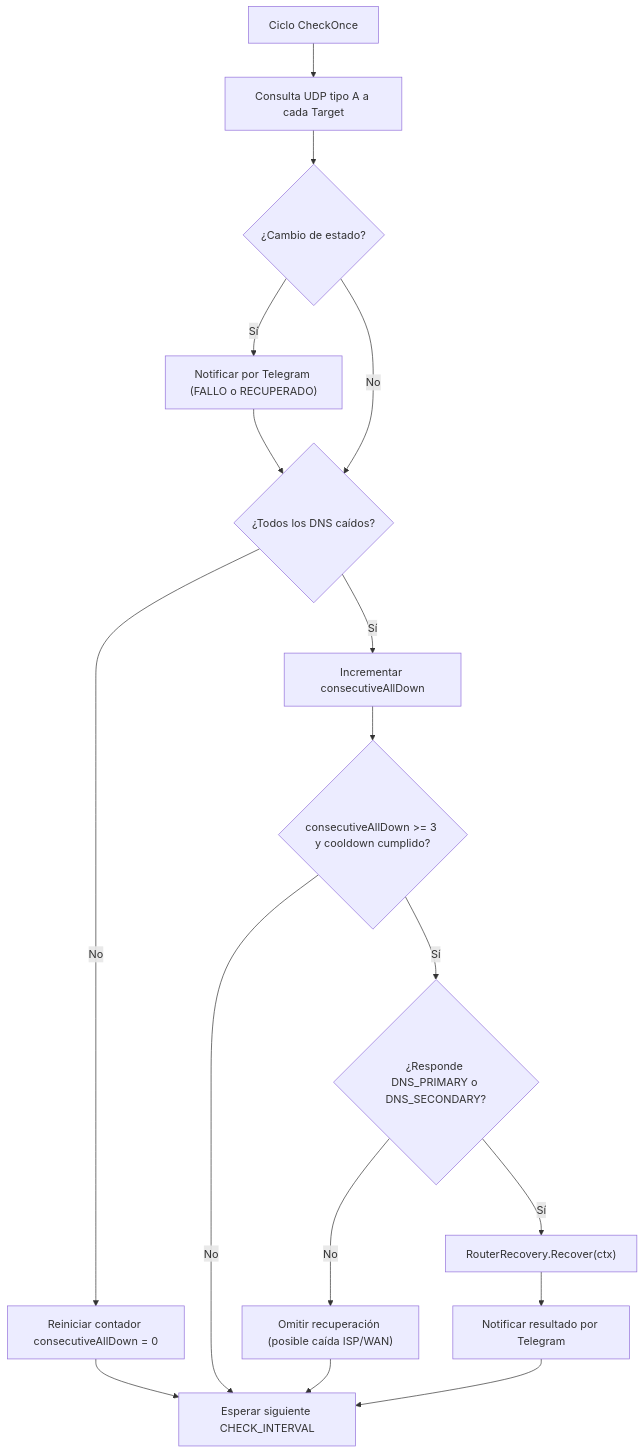
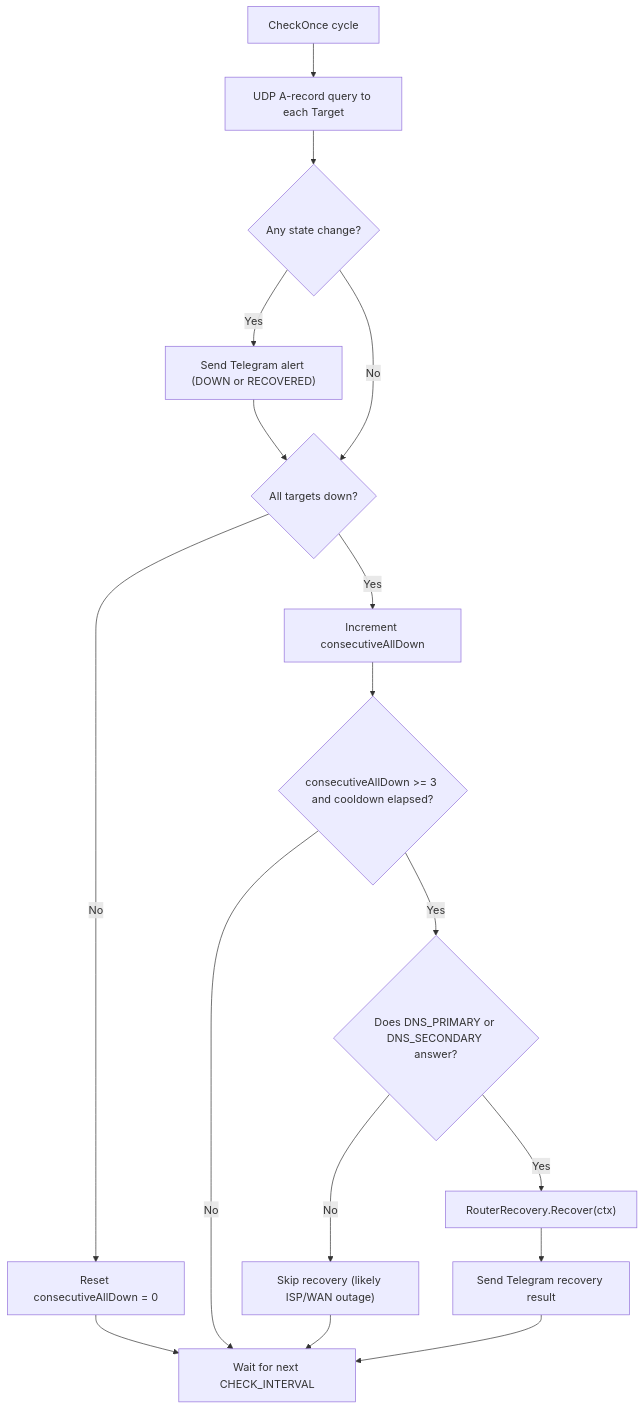
Before and after one commit to uniextra/Local_DNS-DRP: the diagram in docs/architecture.md, drawn with Mermaid. The commit also changed other lines of this file and 5 other files, not shown here.

````diff
--- a/docs/architecture.md
+++ b/docs/architecture.md
@@ -23,19 +23,19 @@
 ```mermaid
 flowchart TD
-    A["Ciclo CheckOnce"] --> B["Consulta UDP tipo A a cada Target"]
-    B --> C{"¿Cambio de estado?"}
-    C -- "Sí" --> D["Notificar por Telegram (FALLO o RECUPERADO)"]
-    C -- "No" --> E{"¿Todos los DNS caídos?"}
+    A["CheckOnce cycle"] --> B["UDP A-record query to each Target"]
+    B --> C{"Any state change?"}
+    C -- "Yes" --> D["Send Telegram alert (DOWN or RECOVERED)"]
+    C -- "No" --> E{"All targets down?"}
     D --> E
-    E -- "No" --> F["Reiniciar contador consecutiveAllDown = 0"]
-    E -- "Sí" --> G["Incrementar consecutiveAllDown"]
-    G --> H{"consecutiveAllDown >= 3 y cooldown cumplido?"}
-    H -- "No" --> I["Esperar siguiente CHECK_INTERVAL"]
-    H -- "Sí" --> J{"¿Responde DNS_PRIMARY o DNS_SECONDARY?"}
-    J -- "No" --> K["Omitir recuperación (posible caída ISP/WAN)"]
-    J -- "Sí" --> L["RouterRecovery.Recover(ctx)"]
-    L --> M["Notificar resultado por Telegram"]
+    E -- "No" --> F["Reset consecutiveAllDown = 0"]
+    E -- "Yes" --> G["Increment consecutiveAllDown"]
+    G --> H{"consecutiveAllDown >= 3 and cooldown elapsed?"}
+    H -- "No" --> I["Wait for next CHECK_INTERVAL"]
+    H -- "Yes" --> J{"Does DNS_PRIMARY or DNS_SECONDARY answer?"}
+    J -- "No" --> K["Skip recovery (likely ISP/WAN outage)"]
+    J -- "Yes" --> L["RouterRecovery.Recover(ctx)"]
+    L --> M["Send Telegram recovery result"]
     F --> I
     K --> I
     M --> I
 ```
````
